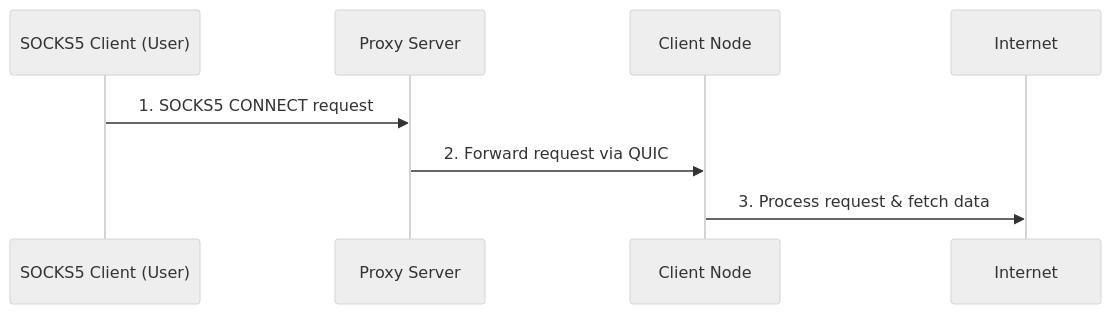
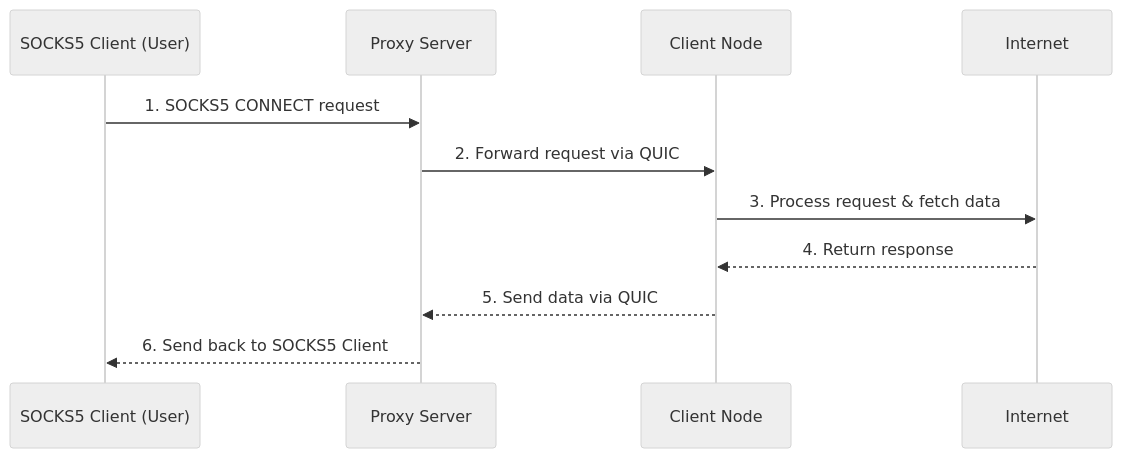
The second of 2 diagrams in README.md (L1shed/Turbo), drawn with Mermaid (neutral theme) before and after one commit. The commit also changed other lines of this file and 1 other file, not shown here.

````diff
--- a/README.md
+++ b/README.md
@@ -83,11 +90,14 @@
 ```mermaid
 sequenceDiagram
     participant SOCKS5_Client as SOCKS5 Client (User)
     participant Proxy_Server as Proxy Server
     participant Proxy_Client as Client Node
     participant Internet as Internet
 
     SOCKS5_Client->>Proxy_Server: 1. SOCKS5 CONNECT request
     Proxy_Server->>Proxy_Client: 2. Forward request via QUIC
     Proxy_Client->>Internet: 3. Process request & fetch data
+    Internet-->>Proxy_Client: 4. Return response
+    Proxy_Client-->>Proxy_Server: 5. Send data via QUIC
+    Proxy_Server-->>SOCKS5_Client: 6. Send back to SOCKS5 Client
 ```
````
